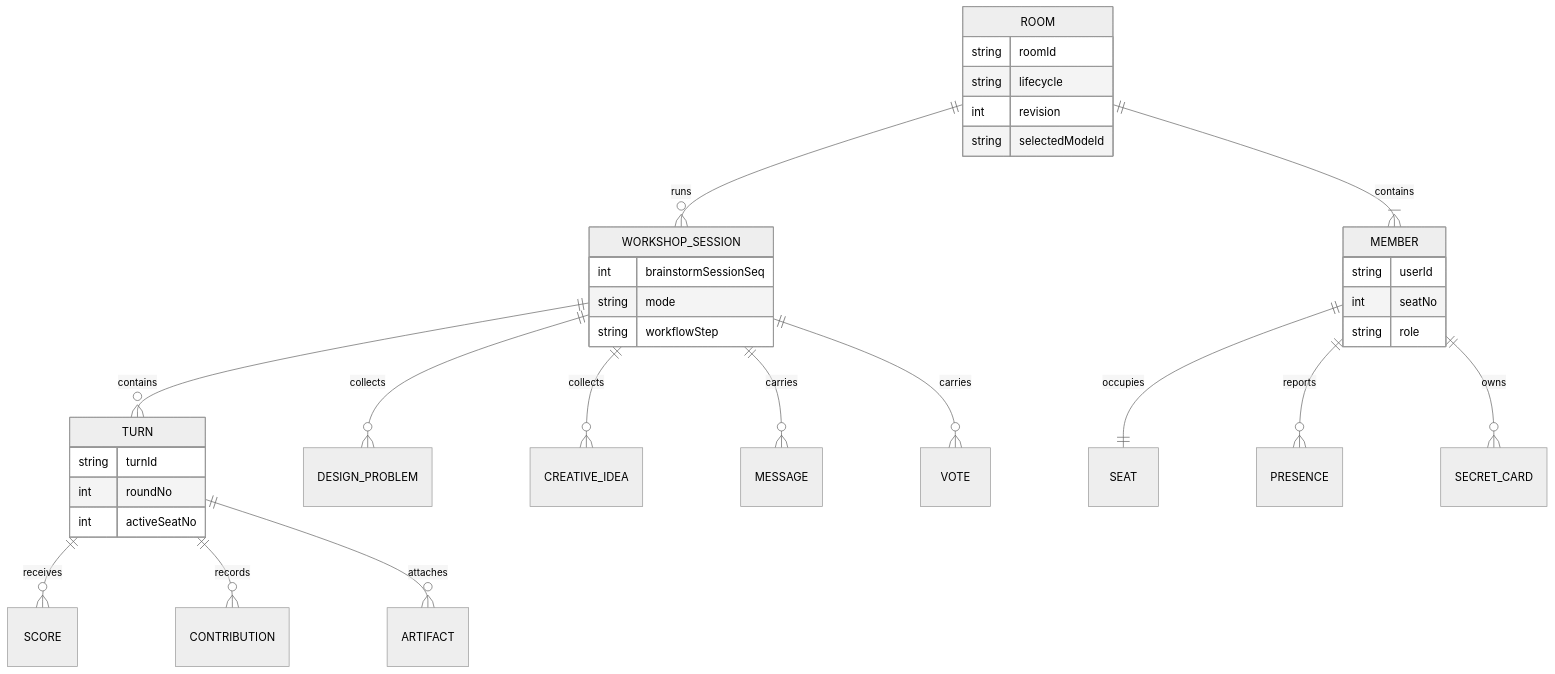
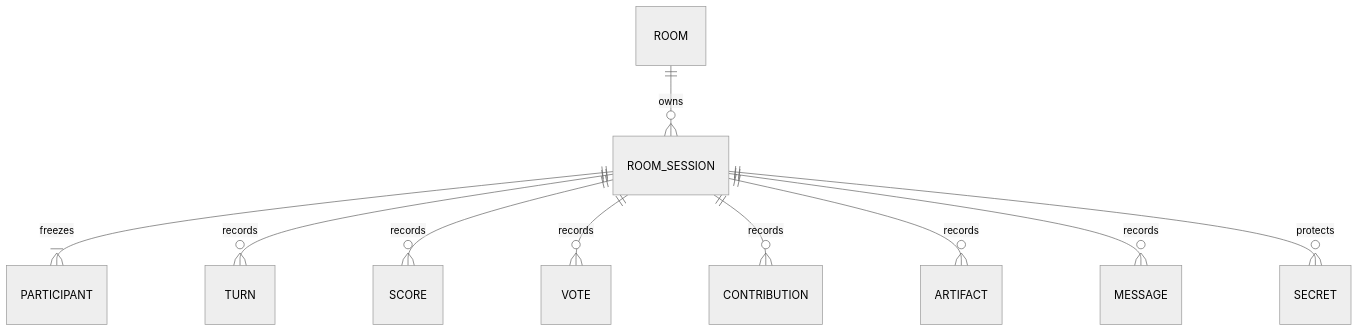
Before and after one commit to Bubble-419/cardboard-miniprogram: the third of 11 diagrams in docs/ROOM_MODEL_STATE.md, drawn with Mermaid (neutral theme). The commit also changed other lines of this file and 26 other files, not shown here.

Commit message:
docs: consolidate active room protocol v3 documentation

````diff
--- a/docs/ROOM_MODEL_STATE.md
+++ b/docs/ROOM_MODEL_STATE.md
@@ -9,38 +103,12 @@
 ```mermaid
 erDiagram
-  ROOM ||--|{ MEMBER : contains
-  ROOM ||--o{ WORKSHOP_SESSION : runs
-  WORKSHOP_SESSION ||--o{ TURN : contains
-  WORKSHOP_SESSION ||--o{ DESIGN_PROBLEM : collects
-  WORKSHOP_SESSION ||--o{ CREATIVE_IDEA : collects
-  TURN ||--o{ SCORE : receives
-  TURN ||--o{ CONTRIBUTION : records
-  TURN ||--o{ ARTIFACT : attaches
-  WORKSHOP_SESSION ||--o{ MESSAGE : carries
-  WORKSHOP_SESSION ||--o{ VOTE : carries
-  MEMBER ||--|| SEAT : occupies
-  MEMBER ||--o{ PRESENCE : reports
-  MEMBER ||--o{ SECRET_CARD : owns
-
-  ROOM {
-    string roomId
-    string lifecycle
-    int revision
-    string selectedModeId
-  }
-  MEMBER {
-    string userId
-    int seatNo
-    string role
-  }
-  WORKSHOP_SESSION {
-    int brainstormSessionSeq
-    string mode
-    string workflowStep
-  }
-  TURN {
-    string turnId
-    int roundNo
-    int activeSeatNo
-  }
+  ROOM ||--o{ ROOM_SESSION : owns
+  ROOM_SESSION ||--|{ PARTICIPANT : freezes
+  ROOM_SESSION ||--o{ TURN : records
+  ROOM_SESSION ||--o{ SCORE : records
+  ROOM_SESSION ||--o{ VOTE : records
+  ROOM_SESSION ||--o{ CONTRIBUTION : records
+  ROOM_SESSION ||--o{ ARTIFACT : records
+  ROOM_SESSION ||--o{ MESSAGE : records
+  ROOM_SESSION ||--o{ SECRET : protects
 ```
````
